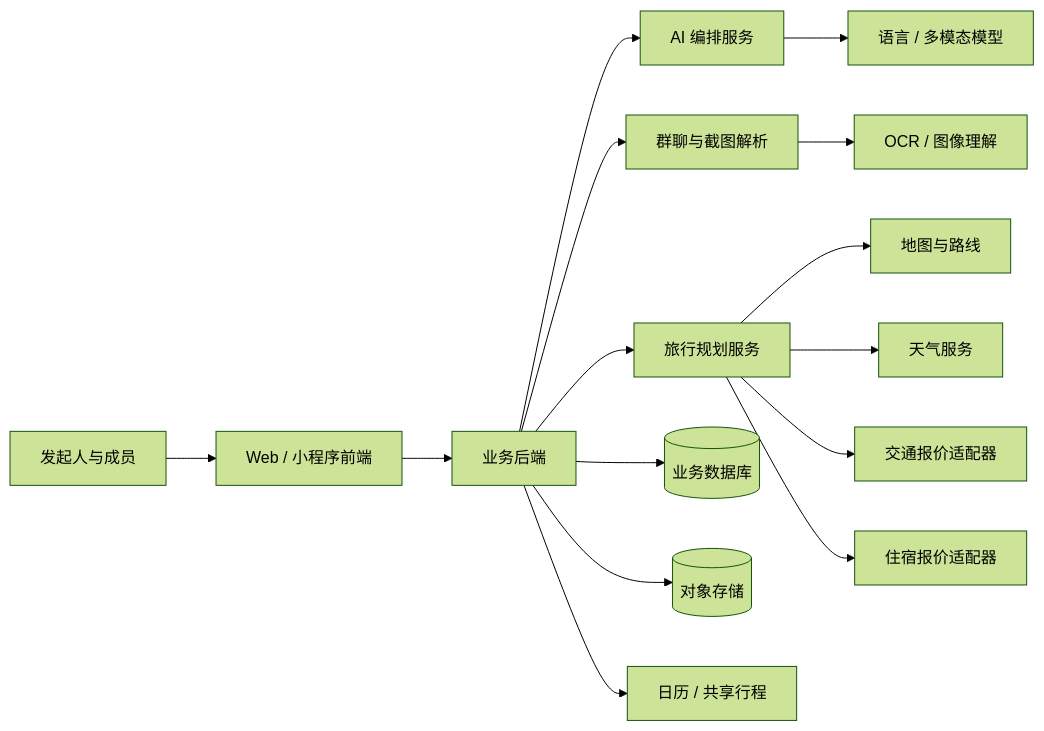
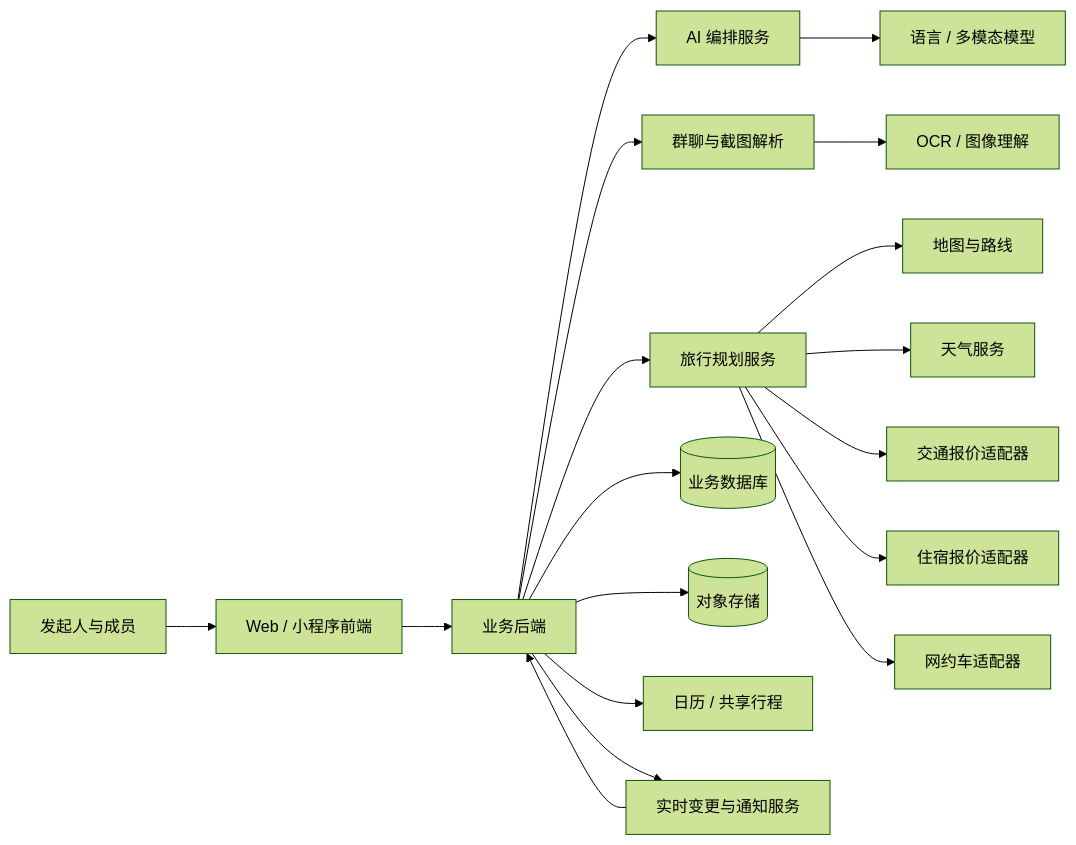
One commit to jc220334/ruanjian changed the second of 2 diagrams in README.md. Above: the diagram before and after it, drawn with Mermaid (forest theme). The commit also changed other lines of this file, not shown here.

Commit message:
docs: expand collaboration, costs, and live trip design

````diff
--- a/README.md
+++ b/README.md
@@ -518,21 +794,24 @@
 ```mermaid
 flowchart LR
     U[发起人与成员] --> FE[Web / 小程序前端]
     FE --> API[业务后端]
 
     API --> AI[AI 编排服务]
     AI --> LLM[语言 / 多模态模型]
 
     API --> DOC[群聊与截图解析]
     DOC --> OCR[OCR / 图像理解]
 
     API --> TRIP[旅行规划服务]
     TRIP --> MAP[地图与路线]
     TRIP --> WEATHER[天气服务]
     TRIP --> TRAFFIC[交通报价适配器]
     TRIP --> HOTEL[住宿报价适配器]
+    TRIP --> RIDE[网约车适配器]
 
     API --> DB[(业务数据库)]
     API --> FILE[(对象存储)]
     API --> CAL[日历 / 共享行程]
+    API --> EVENT[实时变更与通知服务]
+    EVENT --> API
 ```
````
